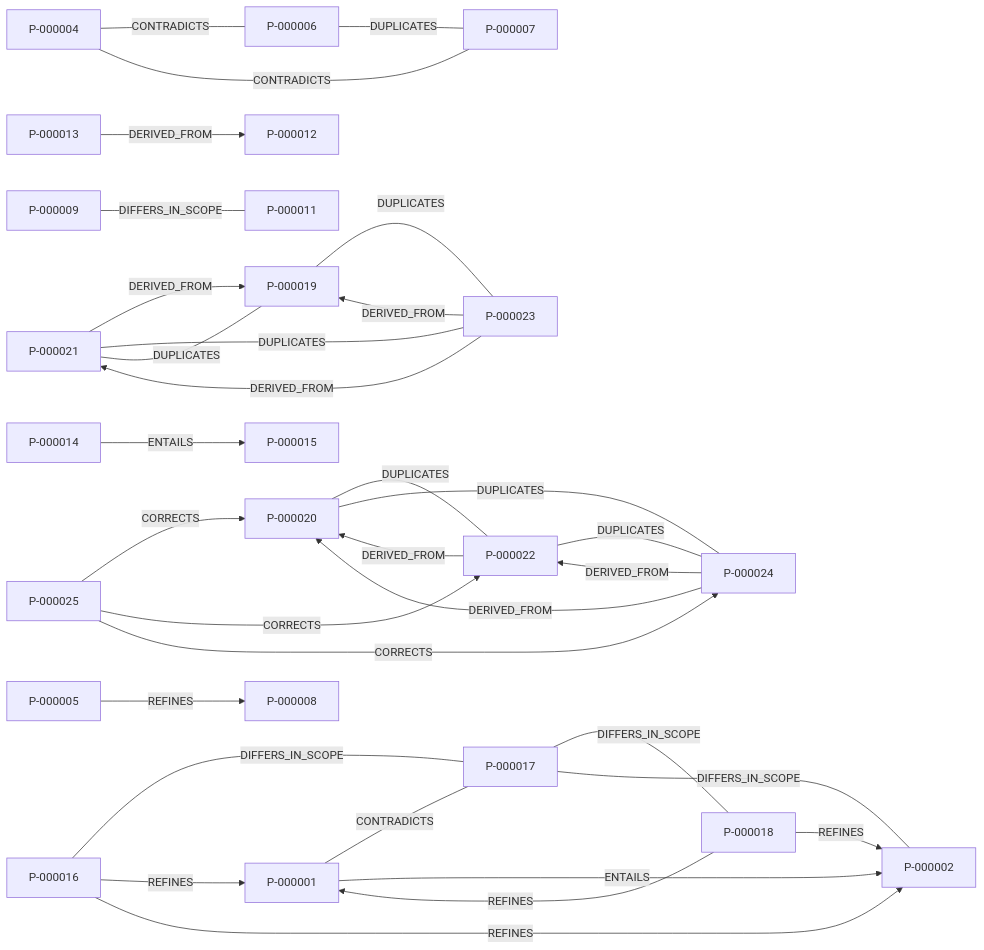
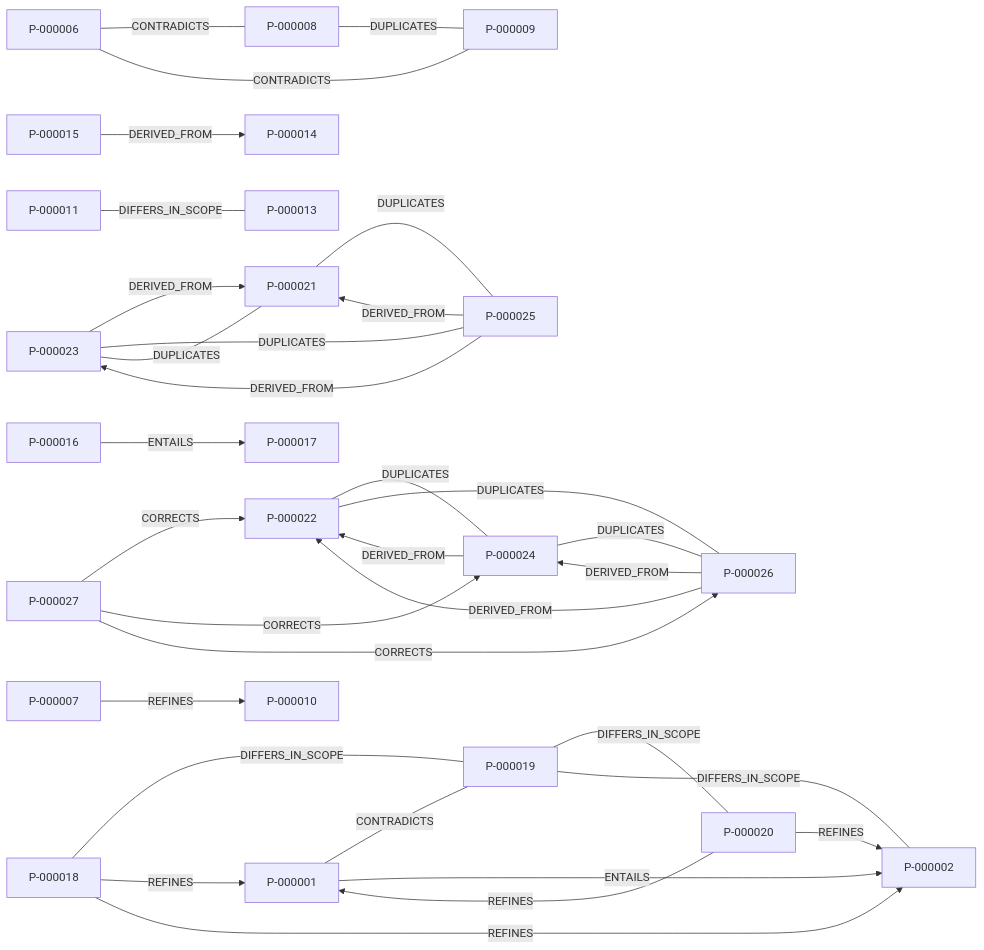
The diagram in examples/output/report.md (cogito5170/PS), drawn with Mermaid before and after one commit. The commit also changed other lines of this file and 18 other files, not shown here.

````diff
--- a/examples/output/report.md
+++ b/examples/output/report.md
@@ -37,34 +39,34 @@
 ```mermaid
 graph LR
-  P000001[P-000001] ---|CONTRADICTS| P000017[P-000017]
-  P000004[P-000004] ---|CONTRADICTS| P000006[P-000006]
-  P000004[P-000004] ---|CONTRADICTS| P000007[P-000007]
-  P000025[P-000025] -->|CORRECTS| P000020[P-000020]
-  P000025[P-000025] -->|CORRECTS| P000022[P-000022]
-  P000025[P-000025] -->|CORRECTS| P000024[P-000024]
-  P000013[P-000013] -->|DERIVED_FROM| P000012[P-000012]
-  P000021[P-000021] -->|DERIVED_FROM| P000019[P-000019]
-  P000023[P-000023] -->|DERIVED_FROM| P000019[P-000019]
-  P000022[P-000022] -->|DERIVED_FROM| P000020[P-000020]
-  P000024[P-000024] -->|DERIVED_FROM| P000020[P-000020]
+  P000001[P-000001] ---|CONTRADICTS| P000019[P-000019]
+  P000006[P-000006] ---|CONTRADICTS| P000008[P-000008]
+  P000006[P-000006] ---|CONTRADICTS| P000009[P-000009]
+  P000027[P-000027] -->|CORRECTS| P000022[P-000022]
+  P000027[P-000027] -->|CORRECTS| P000024[P-000024]
+  P000027[P-000027] -->|CORRECTS| P000026[P-000026]
+  P000015[P-000015] -->|DERIVED_FROM| P000014[P-000014]
   P000023[P-000023] -->|DERIVED_FROM| P000021[P-000021]
+  P000025[P-000025] -->|DERIVED_FROM| P000021[P-000021]
   P000024[P-000024] -->|DERIVED_FROM| P000022[P-000022]
-  P000002[P-000002] ---|DIFFERS_IN_SCOPE| P000017[P-000017]
-  P000009[P-000009] ---|DIFFERS_IN_SCOPE| P000011[P-000011]
-  P000016[P-000016] ---|DIFFERS_IN_SCOPE| P000017[P-000017]
-  P000017[P-000017] ---|DIFFERS_IN_SCOPE| P000018[P-000018]
-  P000006[P-000006] ---|DUPLICATES| P000007[P-000007]
-  P000019[P-000019] ---|DUPLICATES| P000021[P-000021]
-  P000019[P-000019] ---|DUPLICATES| P000023[P-000023]
-  P000020[P-000020] ---|DUPLICATES| P000022[P-000022]
-  P000020[P-000020] ---|DUPLICATES| P000024[P-000024]
+  P000026[P-000026] -->|DERIVED_FROM| P000022[P-000022]
+  P000025[P-000025] -->|DERIVED_FROM| P000023[P-000023]
+  P000026[P-000026] -->|DERIVED_FROM| P000024[P-000024]
+  P000002[P-000002] ---|DIFFERS_IN_SCOPE| P000019[P-000019]
+  P000011[P-000011] ---|DIFFERS_IN_SCOPE| P000013[P-000013]
+  P000018[P-000018] ---|DIFFERS_IN_SCOPE| P000019[P-000019]
+  P000019[P-000019] ---|DIFFERS_IN_SCOPE| P000020[P-000020]
+  P000008[P-000008] ---|DUPLICATES| P000009[P-000009]
   P000021[P-000021] ---|DUPLICATES| P000023[P-000023]
+  P000021[P-000021] ---|DUPLICATES| P000025[P-000025]
   P000022[P-000022] ---|DUPLICATES| P000024[P-000024]
+  P000022[P-000022] ---|DUPLICATES| P000026[P-000026]
+  P000023[P-000023] ---|DUPLICATES| P000025[P-000025]
+  P000024[P-000024] ---|DUPLICATES| P000026[P-000026]
   P000001[P-000001] -->|ENTAILS| P000002[P-000002]
-  P000014[P-000014] -->|ENTAILS| P000015[P-000015]
-  P000016[P-000016] -->|REFINES| P000001[P-000001]
+  P000016[P-000016] -->|ENTAILS| P000017[P-000017]
   P000018[P-000018] -->|REFINES| P000001[P-000001]
-  P000016[P-000016] -->|REFINES| P000002[P-000002]
+  P000020[P-000020] -->|REFINES| P000001[P-000001]
   P000018[P-000018] -->|REFINES| P000002[P-000002]
-  P000005[P-000005] -->|REFINES| P000008[P-000008]
+  P000020[P-000020] -->|REFINES| P000002[P-000002]
+  P000007[P-000007] -->|REFINES| P000010[P-000010]
 ```
````
